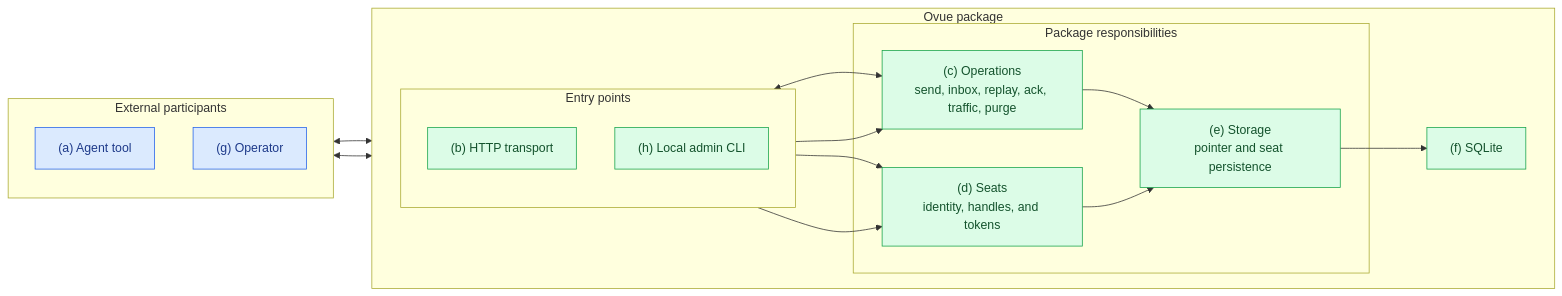
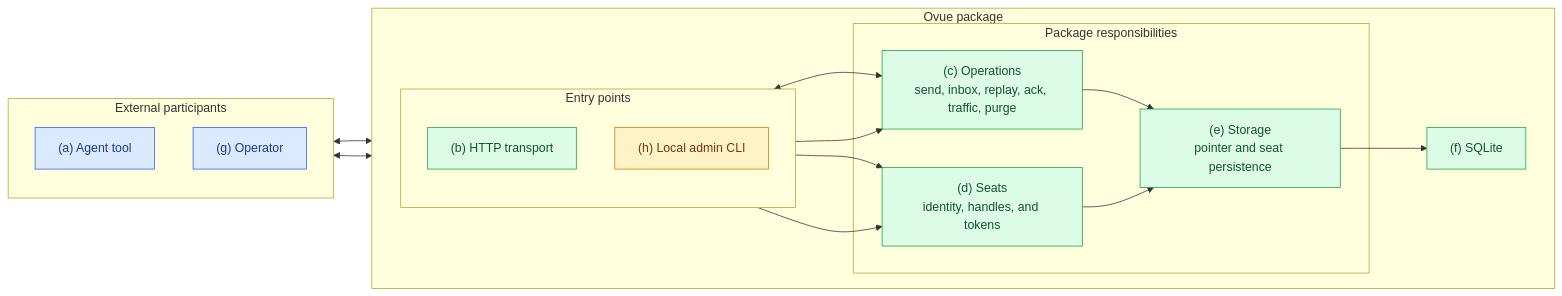
One commit to afroguy16/ovue changed the first of 2 diagrams in spec.md. Above: the diagram before and after it, drawn with Mermaid. The commit also changed other lines of this file and 1 other file, not shown here.

````diff
--- a/spec.md
+++ b/spec.md
@@ -96,42 +96,43 @@
 ```mermaid
 flowchart LR
     subgraph People[External participants]
         direction TB
         Agent["(a) Agent tool"]
         Operator["(g) Operator"]
     end
 
     subgraph Ovue["Ovue package"]
         direction LR
         subgraph Entry["Entry points"]
             direction TB
             HTTP["(b) HTTP transport"]
             Admin["(h) Local admin CLI"]
         end
 
         subgraph Responsibilities["Package responsibilities"]
             Operations["(c) Operations<br/>send, inbox, replay, ack, traffic, purge"]
             Seats["(d) Seats<br/>identity, handles, and tokens"]
             Store["(e) Storage<br/>pointer and seat persistence"]
         end
 
         SQLite["(f) SQLite"]
         Operations --> Store
         Seats --> Store
         Store --> SQLite
     end
 
     Agent <--> HTTP
     Operator <--> Admin
     HTTP <--> Operations
     HTTP --> Seats
     Admin --> Operations
     Admin --> Seats
 
     classDef complete fill:#dcfce7,stroke:#16a34a,color:#14532d;
     classDef partial fill:#fef3c7,stroke:#d97706,color:#78350f;
     classDef external fill:#dbeafe,stroke:#2563eb,color:#1e3a8a;
-    class HTTP,Admin,Operations,Store,SQLite complete;
+    class HTTP,Operations,Store,SQLite complete;
+    class Admin partial;
     class Seats complete;
     class Agent,Operator external;
 ```
````
